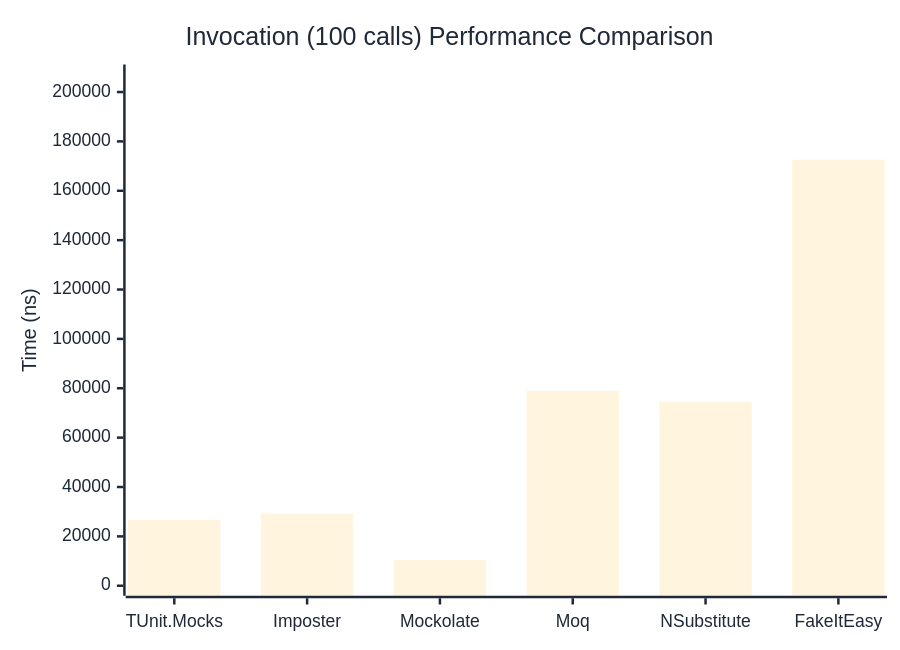
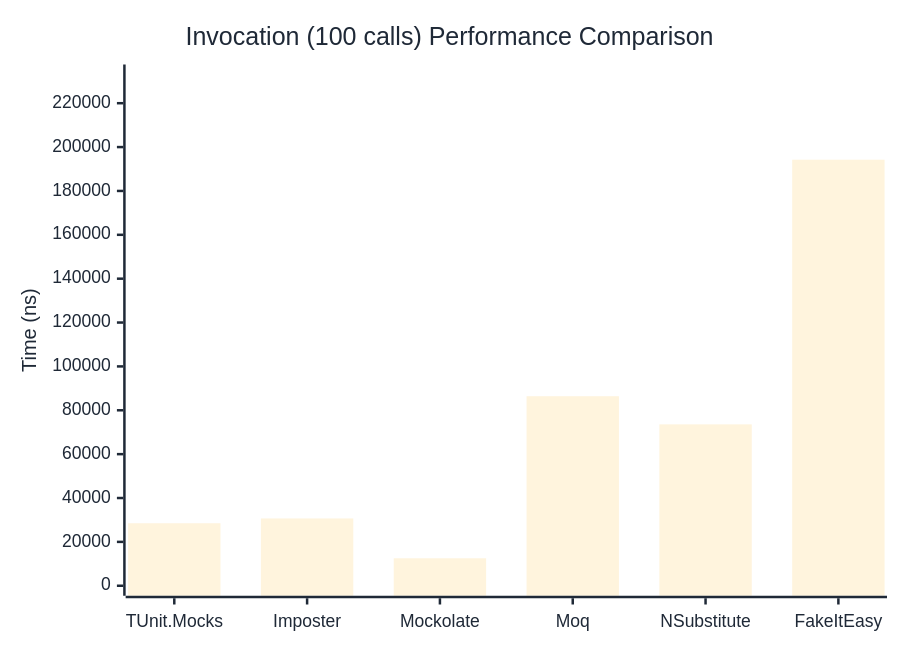
One commit to thomhurst/TUnit changed the third of 3 diagrams in docs/docs/benchmarks/mocks/Invocation.md. Above: the diagram before and after it, drawn with Mermaid. The commit also changed other lines of this file and 14 other files, not shown here.

````diff
--- a/docs/docs/benchmarks/mocks/Invocation.md
+++ b/docs/docs/benchmarks/mocks/Invocation.md
@@ -112,27 +112,27 @@
 ```mermaid
 %%{init: {
   'theme':'base',
   'themeVariables': {
     'primaryColor': '#2563eb',
     'primaryTextColor': '#1f2937',
     'primaryBorderColor': '#1e40af',
     'lineColor': '#6b7280',
     'secondaryColor': '#7c3aed',
     'tertiaryColor': '#dc2626',
     'background': '#ffffff',
     'pie1': '#2563eb',
     'pie2': '#7c3aed',
     'pie3': '#dc2626',
     'pie4': '#f59e0b',
     'pie5': '#10b981',
     'pie6': '#06b6d4',
     'pie7': '#ec4899',
     'pie8': '#6366f1'
   }
 }}%%
 xychart-beta
   title "Invocation (100 calls) Performance Comparison"
   x-axis ["TUnit.Mocks", "Imposter", "Mockolate", "Moq", "NSubstitute", "FakeItEasy"]
-  y-axis "Time (ns)" 0 --> 207104
-  bar [26596.33, 29291, 10461.78, 78987.21, 74536.91, 172585.91]
+  y-axis "Time (ns)" 0 --> 233087
+  bar [28496.1, 30685.8, 12529.8, 86416.3, 73579.7, 194238.6]
 ```
````
